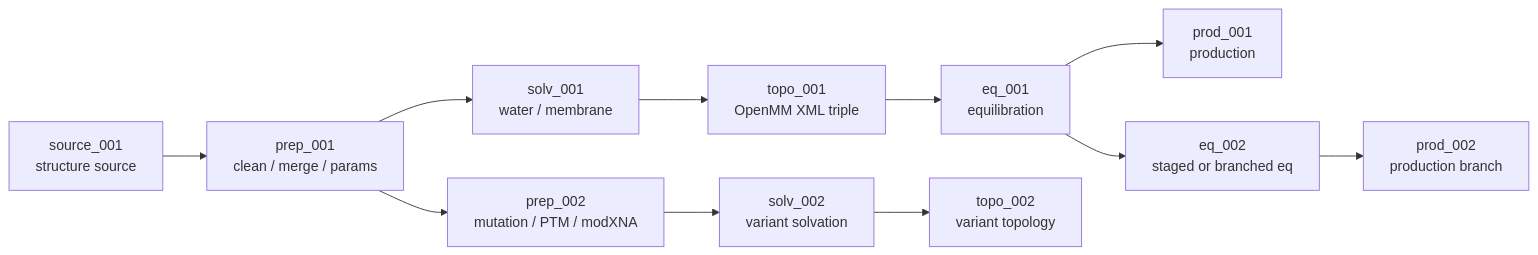
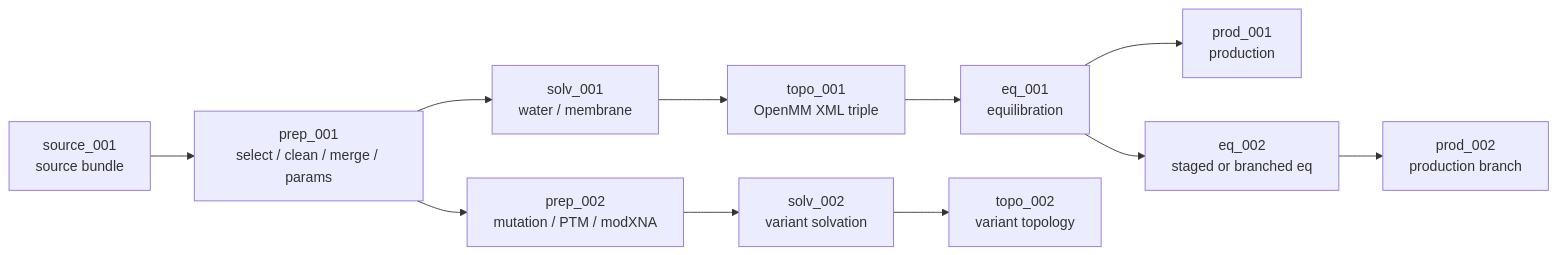
Before and after one commit to matsunagalab/mdclaw: the second of 4 diagrams in docs/developer/architecture.md, drawn with Mermaid. The commit also changed other lines of this file and 24 other files, not shown here.

````diff
--- a/docs/developer/architecture.md
+++ b/docs/developer/architecture.md
@@ -90,13 +102,13 @@
 ```mermaid
 flowchart LR
-  source[source_001<br/>structure source] --> prep[prep_001<br/>clean / merge / params]
+  source[source_001<br/>source bundle] --> prep[prep_001<br/>select / clean / merge / params]
   prep --> solv[solv_001<br/>water / membrane]
   solv --> topo[topo_001<br/>OpenMM XML triple]
   topo --> eq1[eq_001<br/>equilibration]
   eq1 --> prod1[prod_001<br/>production]
   eq1 --> eq2[eq_002<br/>staged or branched eq]
   eq2 --> prod2[prod_002<br/>production branch]
   prep --> prep2[prep_002<br/>mutation / PTM / modXNA]
   prep2 --> solv2[solv_002<br/>variant solvation]
   solv2 --> topo2[topo_002<br/>variant topology]
 ```
````
